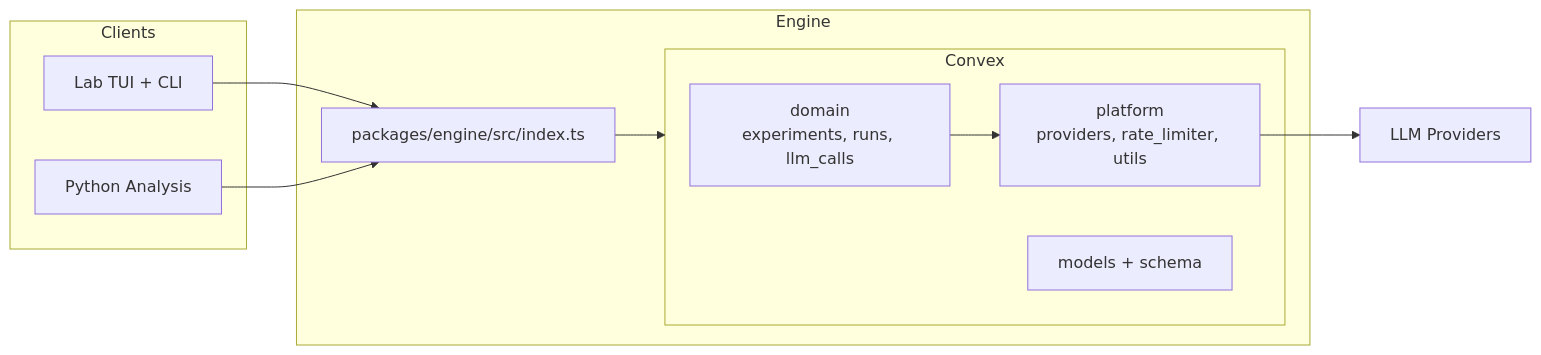
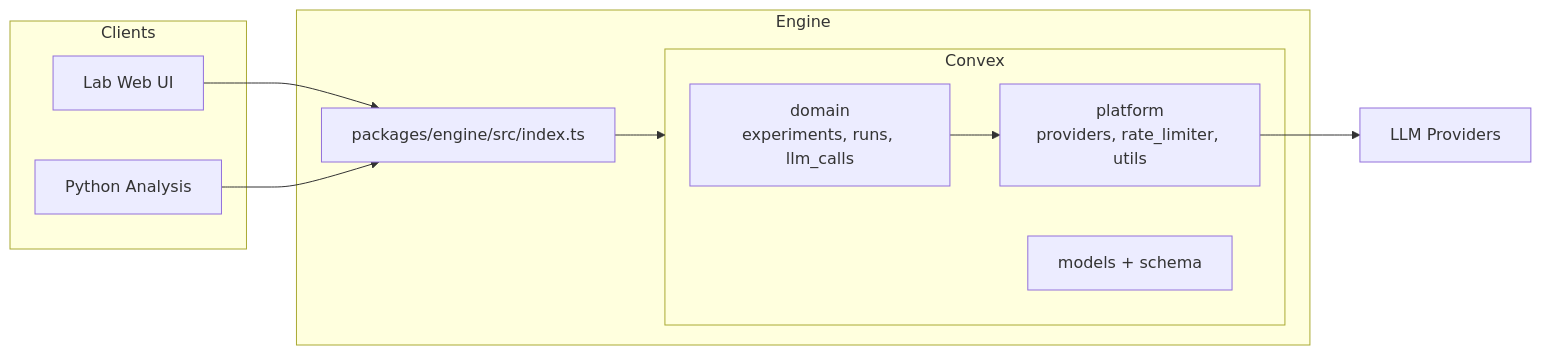
Before and after one commit to theonetruejesse/judge-gym: the first of 3 diagrams in README.md, drawn with Mermaid. The commit also changed other lines of this file and 236 other files, not shown here.

````diff
--- a/README.md
+++ b/README.md
@@ -235,24 +229,24 @@
 ```mermaid
 flowchart LR
   subgraph Clients
-    Lab[Lab TUI + CLI]
+    Lab[Lab Web UI]
     Analysis[Python Analysis]
   end
 
   subgraph Engine
     API[packages/engine/src/index.ts]
   subgraph Convex
       Domain["domain<br/>experiments, runs, llm_calls"]
       Platform["platform<br/>providers, rate_limiter, utils"]
       Models["models + schema"]
     end
   end
 
   Providers[LLM Providers]
 
   Lab --> API
   Analysis --> API
   API --> Convex
   Domain --> Platform
   Platform --> Providers
 ```
````
